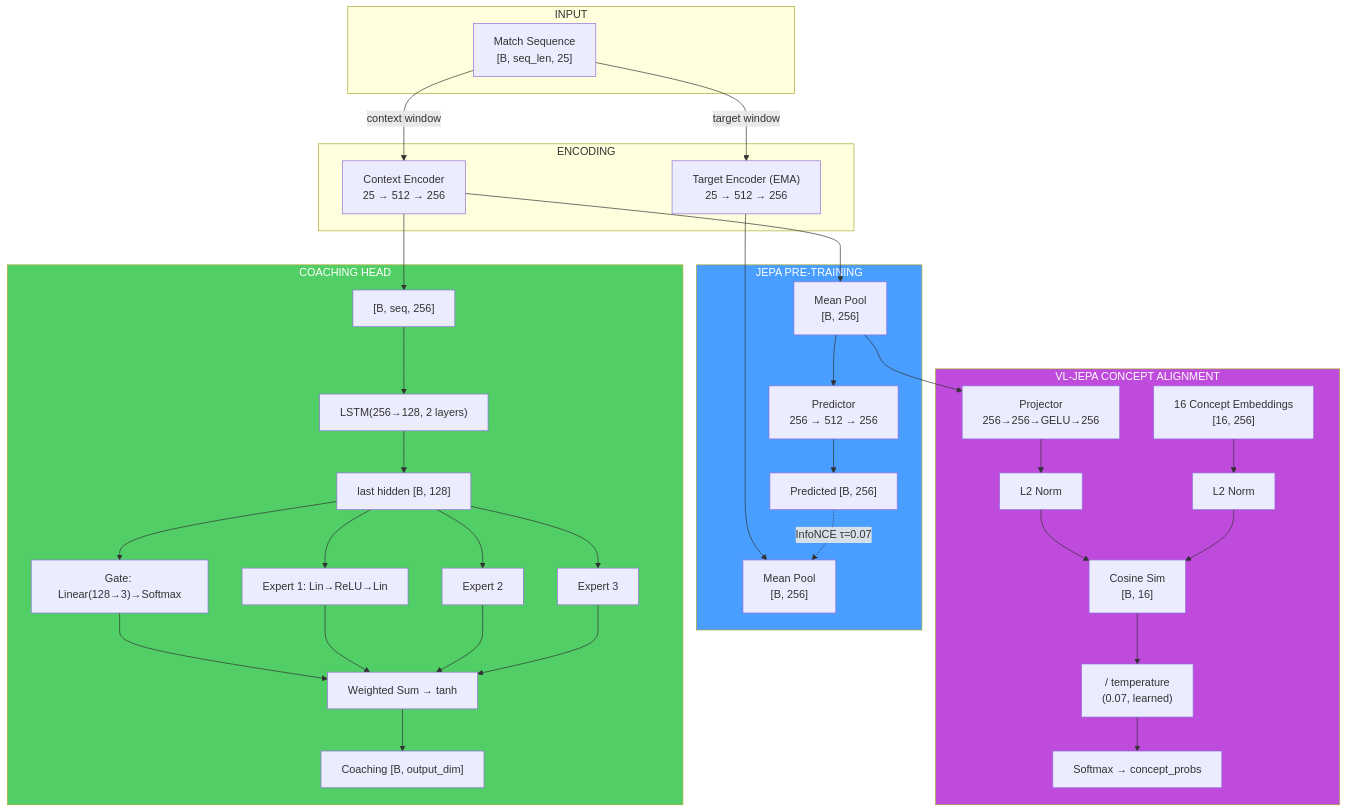
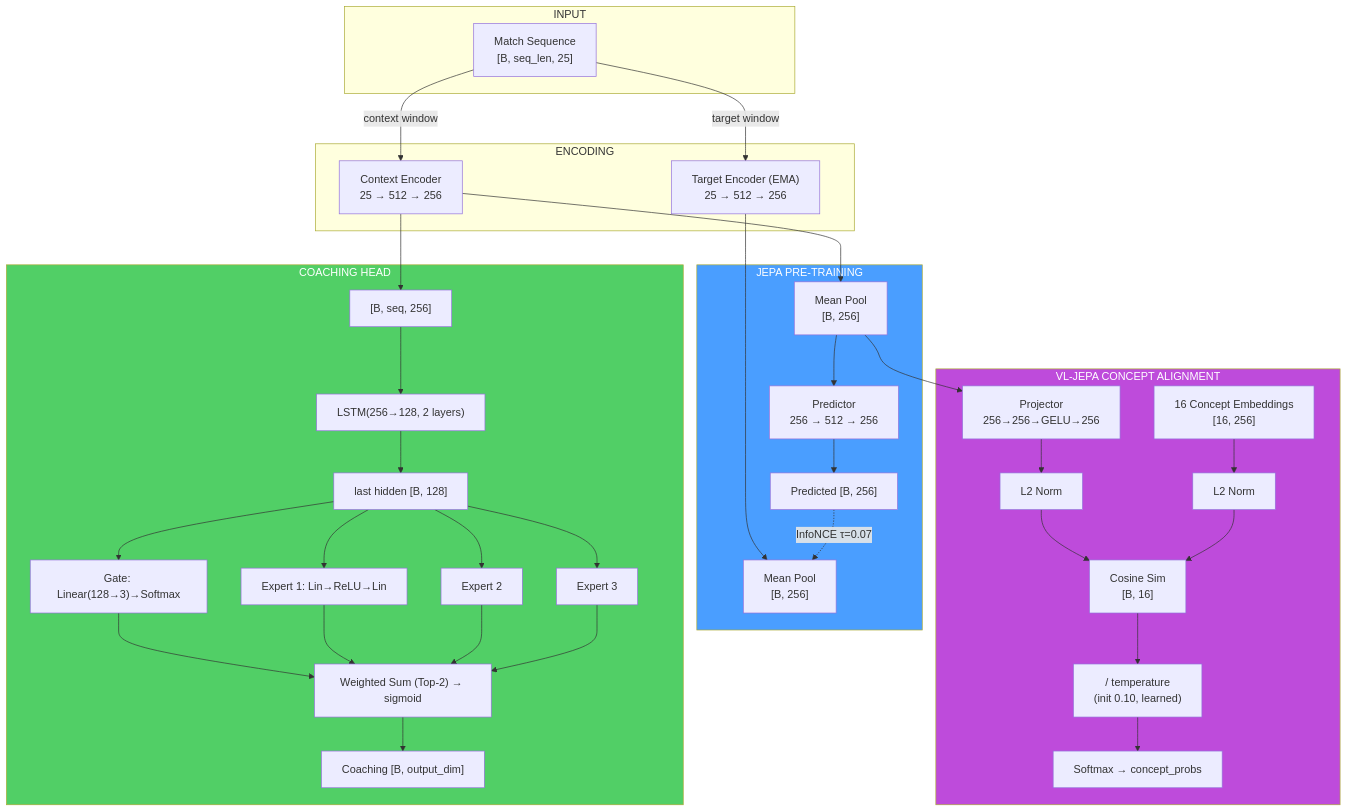
Diagram 12 of 22 in docs/books/Book-Coach-1A-en.md (renanaugustomacena-ux/Counter-Strike-coach-AI), drawn with Mermaid before and after one commit. The commit also changed other lines of this file and 36 other files, not shown here.

````diff
--- a/docs/books/Book-Coach-1A-en.md
+++ b/docs/books/Book-Coach-1A-en.md
@@ -610,45 +613,45 @@
 ```mermaid
 flowchart TB
     subgraph INPUT["INPUT"]
         X["Match Sequence<br/>[B, seq_len, 25]"]
     end
     subgraph ENCODE["ENCODING"]
         CE["Context Encoder<br/>25 → 512 → 256"]
         TE["Target Encoder (EMA)<br/>25 → 512 → 256"]
         X -->|"context window"| CE
         X -->|"target window"| TE
     end
     subgraph PRETRAIN["JEPA PRE-TRAINING"]
         CE --> POOL_C["Mean Pool<br/>[B, 256]"]
         TE --> POOL_T["Mean Pool<br/>[B, 256]"]
         POOL_C --> PREDICTOR["Predictor<br/>256 → 512 → 256"]
         PREDICTOR --> PRED["Predicted [B, 256]"]
         PRED -.->|"InfoNCE τ=0.07"| POOL_T
     end
     subgraph COACHING["COACHING HEAD"]
         CE --> LSTM_IN["[B, seq, 256]"]
         LSTM_IN --> LSTM_H["LSTM(256→128, 2 layers)"]
         LSTM_H --> LAST["last hidden [B, 128]"]
         LAST --> GATE_C["Gate: Linear(128→3)→Softmax"]
         LAST --> E1C["Expert 1: Lin→ReLU→Lin"]
         LAST --> E2C["Expert 2"]
         LAST --> E3C["Expert 3"]
-        GATE_C --> WS["Weighted Sum → tanh"]
+        GATE_C --> WS["Weighted Sum (Top-2) → sigmoid"]
         E1C --> WS
         E2C --> WS
         E3C --> WS
         WS --> OUT_C["Coaching [B, output_dim]"]
     end
     subgraph VL["VL-JEPA CONCEPT ALIGNMENT"]
         POOL_C --> PROJ["Projector<br/>256→256→GELU→256"]
         PROJ --> NORM_P["L2 Norm"]
         CEMB_W["16 Concept Embeddings<br/>[16, 256]"] --> NORM_E["L2 Norm"]
         NORM_P --> COSIM["Cosine Sim<br/>[B, 16]"]
         NORM_E --> COSIM
-        COSIM --> TEMP["/ temperature<br/>(0.07, learned)"]
+        COSIM --> TEMP["/ temperature<br/>(init 0.10, learned)"]
         TEMP --> PROBS["Softmax → concept_probs"]
     end
     style VL fill:#be4bdb,color:#fff
     style PRETRAIN fill:#4a9eff,color:#fff
     style COACHING fill:#51cf66,color:#fff
 ```
````
